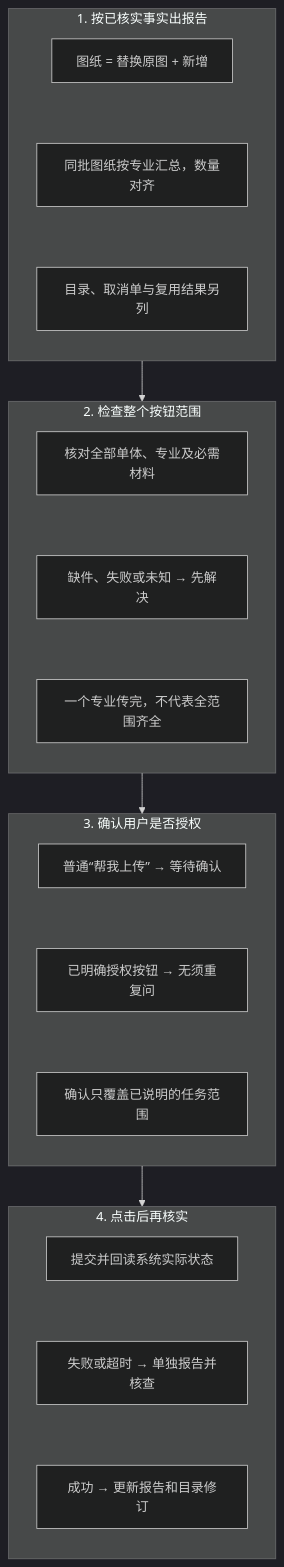
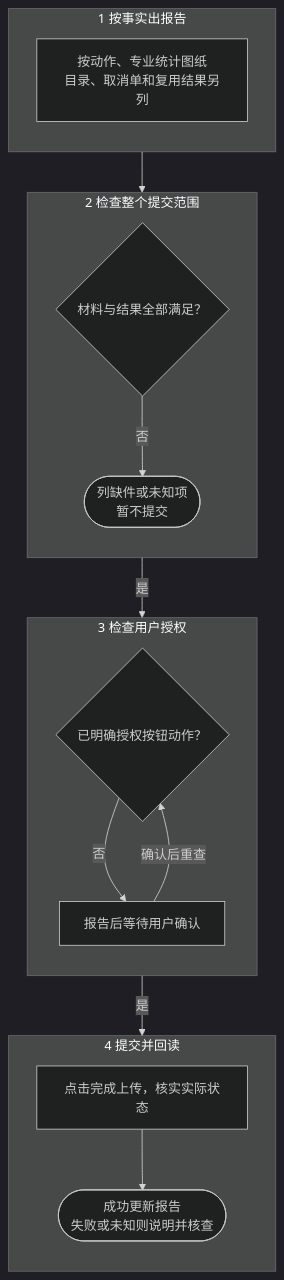
Before and after one commit to Zazia/blueprint-batch-upload: the diagram in docs/upload-guide/sources/08-report-submit.mmd, drawn with Mermaid (dark theme). The commit also changed 51 other files, not shown here.

Commit message:
Refocus article on Guangzhou designers and restore grouped flowcharts

```diff
--- a/docs/upload-guide/sources/08-report-submit.mmd
+++ b/docs/upload-guide/sources/08-report-submit.mmd
@@ -1,32 +1,27 @@
 flowchart TD
-  subgraph S0["1. 按已核实事实出报告"]
+  subgraph S0["1 按事实出报告"]
     direction TB
-    N00["图纸 = 替换原图 + 新增"]
-    N01["同批图纸按专业汇总，数量对齐"]
-    N02["目录、取消单与复用结果另列"]
-    N00 ~~~ N01 ~~~ N02
+    a["按动作、专业统计图纸<br/>目录、取消单和复用结果另列"]
   end
-  subgraph S1["2. 检查整个按钮范围"]
+  subgraph S1["2 检查整个提交范围"]
     direction TB
-    N10["核对全部单体、专业及必需材料"]
-    N11["缺件、失败或未知 → 先解决"]
-    N12["一个专业传完，不代表全范围齐全"]
-    N10 ~~~ N11 ~~~ N12
+    b{"材料与结果全部满足？"}
+    c(["列缺件或未知项<br/>暂不提交"])
   end
-  S0 --> S1
-  subgraph S2["3. 确认用户是否授权"]
+  subgraph S2["3 检查用户授权"]
     direction TB
-    N20["普通“帮我上传” → 等待确认"]
-    N21["已明确授权按钮 → 无须重复问"]
-    N22["确认只覆盖已说明的任务范围"]
-    N20 ~~~ N21 ~~~ N22
+    d{"已明确授权按钮动作？"}
+    e["报告后等待用户确认"]
   end
-  S1 --> S2
-  subgraph S3["4. 点击后再核实"]
+  subgraph S3["4 提交并回读"]
     direction TB
-    N30["提交并回读系统实际状态"]
-    N31["失败或超时 → 单独报告并核查"]
-    N32["成功 → 更新报告和目录修订"]
-    N30 ~~~ N31 ~~~ N32
+    f["点击完成上传，核实实际状态"]
+    g(["成功更新报告<br/>失败或未知则说明并核查"])
   end
-  S2 --> S3
+  a --> b
+  b -->|否| c
+  b -->|是| d
+  d -->|否| e
+  d -->|是| f
+  e -->|确认后重查| d
+  f --> g
```
